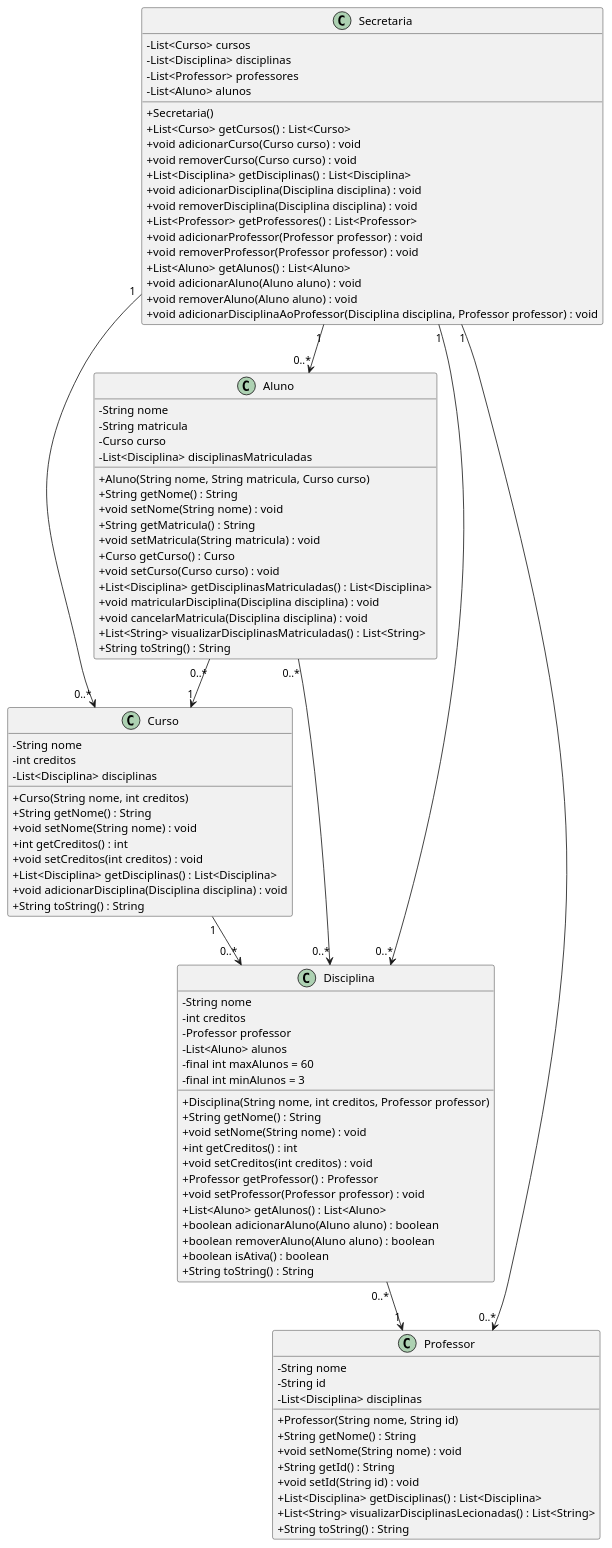
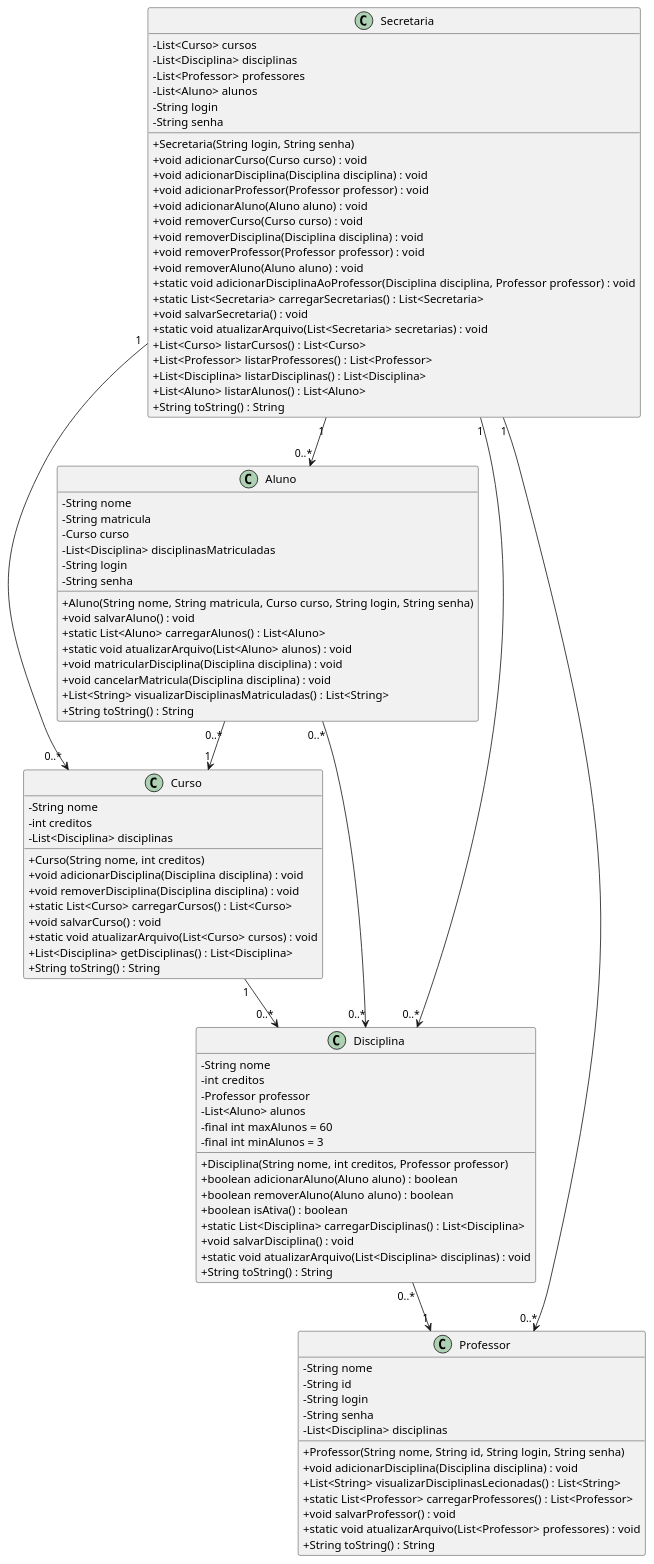
The diagram in implementacao/classDiagram.puml (JoaoRajao/Matricula-LPS), drawn with PlantUML before and after one commit. The commit also changed 2 other files, not shown here.

```diff
--- a/implementacao/classDiagram.puml
+++ b/implementacao/classDiagram.puml
@@ -1,101 +1,106 @@
 @startuml
 skinparam classAttributeIconSize 0
 
 class Aluno {
     - String nome
     - String matricula
     - Curso curso
     - List<Disciplina> disciplinasMatriculadas
-    + Aluno(String nome, String matricula, Curso curso)
-    + String getNome() : String
-    + void setNome(String nome) : void
-    + String getMatricula() : String
-    + void setMatricula(String matricula) : void
-    + Curso getCurso() : Curso
-    + void setCurso(Curso curso) : void
-    + List<Disciplina> getDisciplinasMatriculadas() : List<Disciplina>
+    - String login
+    - String senha
+
+    + Aluno(String nome, String matricula, Curso curso, String login, String senha)
+    + void salvarAluno() : void
+    + static List<Aluno> carregarAlunos() : List<Aluno>
+    + static void atualizarArquivo(List<Aluno> alunos) : void
     + void matricularDisciplina(Disciplina disciplina) : void
     + void cancelarMatricula(Disciplina disciplina) : void
     + List<String> visualizarDisciplinasMatriculadas() : List<String>
     + String toString() : String
 }
 
 class Curso {
     - String nome
     - int creditos
     - List<Disciplina> disciplinas
+
     + Curso(String nome, int creditos)
-    + String getNome() : String
-    + void setNome(String nome) : void
-    + int getCreditos() : int
-    + void setCreditos(int creditos) : void
+    + void adicionarDisciplina(Disciplina disciplina) : void
+    + void removerDisciplina(Disciplina disciplina) : void
+    + static List<Curso> carregarCursos() : List<Curso>
+    + void salvarCurso() : void
+    + static void atualizarArquivo(List<Curso> cursos) : void
     + List<Disciplina> getDisciplinas() : List<Disciplina>
-    + void adicionarDisciplina(Disciplina disciplina) : void
     + String toString() : String
 }
 
 class Disciplina {
     - String nome
     - int creditos
     - Professor professor
     - List<Aluno> alunos
     - final int maxAlunos = 60
     - final int minAlunos = 3
+
     + Disciplina(String nome, int creditos, Professor professor)
-    + String getNome() : String
-    + void setNome(String nome) : void
-    + int getCreditos() : int
-    + void setCreditos(int creditos) : void
-    + Professor getProfessor() : Professor
-    + void setProfessor(Professor professor) : void
-    + List<Aluno> getAlunos() : List<Aluno>
     + boolean adicionarAluno(Aluno aluno) : boolean
     + boolean removerAluno(Aluno aluno) : boolean
     + boolean isAtiva() : boolean
+    + static List<Disciplina> carregarDisciplinas() : List<Disciplina>
+    + void salvarDisciplina() : void
+    + static void atualizarArquivo(List<Disciplina> disciplinas) : void
     + String toString() : String
 }
 
 class Professor {
     - String nome
     - String id
+    - String login
+    - String senha
     - List<Disciplina> disciplinas
-    + Professor(String nome, String id)
-    + String getNome() : String
-    + void setNome(String nome) : void
-    + String getId() : String
-    + void setId(String id) : void
-    + List<Disciplina> getDisciplinas() : List<Disciplina>
+
+    + Professor(String nome, String id, String login, String senha)
+    + void adicionarDisciplina(Disciplina disciplina) : void
     + List<String> visualizarDisciplinasLecionadas() : List<String>
+    + static List<Professor> carregarProfessores() : List<Professor>
+    + void salvarProfessor() : void
+    + static void atualizarArquivo(List<Professor> professores) : void
     + String toString() : String
 }
 
 class Secretaria {
     - List<Curso> cursos
     - List<Disciplina> disciplinas
     - List<Professor> professores
     - List<Aluno> alunos
-    + Secretaria()
-    + List<Curso> getCursos() : List<Curso>
+    - String login
+    - String senha
+
+    + Secretaria(String login, String senha)
     + void adicionarCurso(Curso curso) : void
+    + void adicionarDisciplina(Disciplina disciplina) : void
+    + void adicionarProfessor(Professor professor) : void
+    + void adicionarAluno(Aluno aluno) : void
     + void removerCurso(Curso curso) : void
-    + List<Disciplina> getDisciplinas() : List<Disciplina>
-    + void adicionarDisciplina(Disciplina disciplina) : void
     + void removerDisciplina(Disciplina disciplina) : void
-    + List<Professor> getProfessores() : List<Professor>
-    + void adicionarProfessor(Professor professor) : void
     + void removerProfessor(Professor professor) : void
-    + List<Aluno> getAlunos() : List<Aluno>
-    + void adicionarAluno(Aluno aluno) : void
     + void removerAluno(Aluno aluno) : void
-    + void adicionarDisciplinaAoProfessor(Disciplina disciplina, Professor professor) : void
+    + static void adicionarDisciplinaAoProfessor(Disciplina disciplina, Professor professor) : void
+    + static List<Secretaria> carregarSecretarias() : List<Secretaria>
+    + void salvarSecretaria() : void
+    + static void atualizarArquivo(List<Secretaria> secretarias) : void
+    + List<Curso> listarCursos() : List<Curso>
+    + List<Professor> listarProfessores() : List<Professor>
+    + List<Disciplina> listarDisciplinas() : List<Disciplina>
+    + List<Aluno> listarAlunos() : List<Aluno>
+    + String toString() : String
 }
-
 Aluno "0..*" --> "0..*" Disciplina
 Aluno "0..*" --> "1" Curso
 Disciplina "0..*" --> "1" Professor
 Curso "1" --> "0..*" Disciplina
 Secretaria "1" --> "0..*" Curso
 Secretaria "1" --> "0..*" Disciplina
 Secretaria "1" --> "0..*" Professor
 Secretaria "1" --> "0..*" Aluno
 @enduml
```
